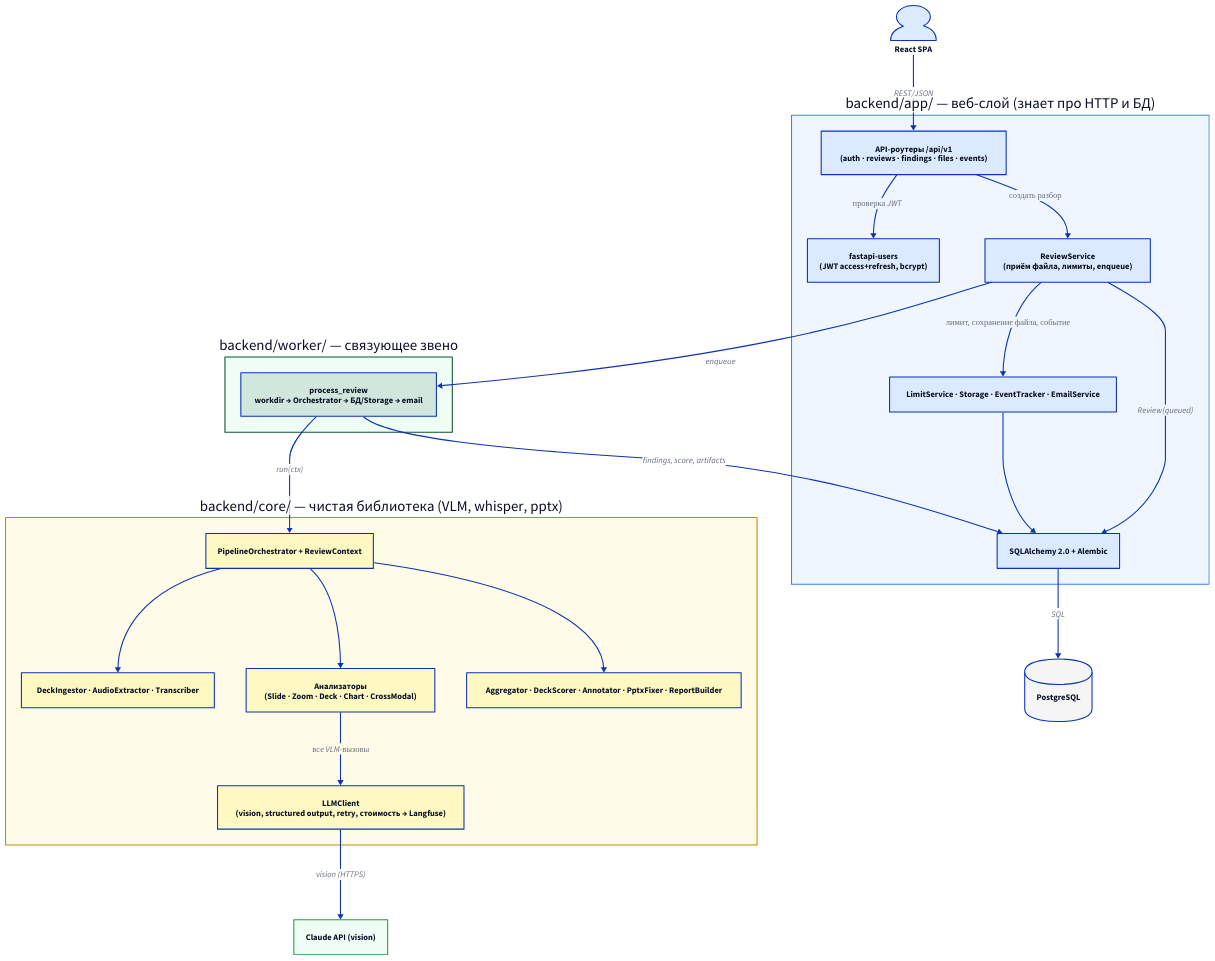
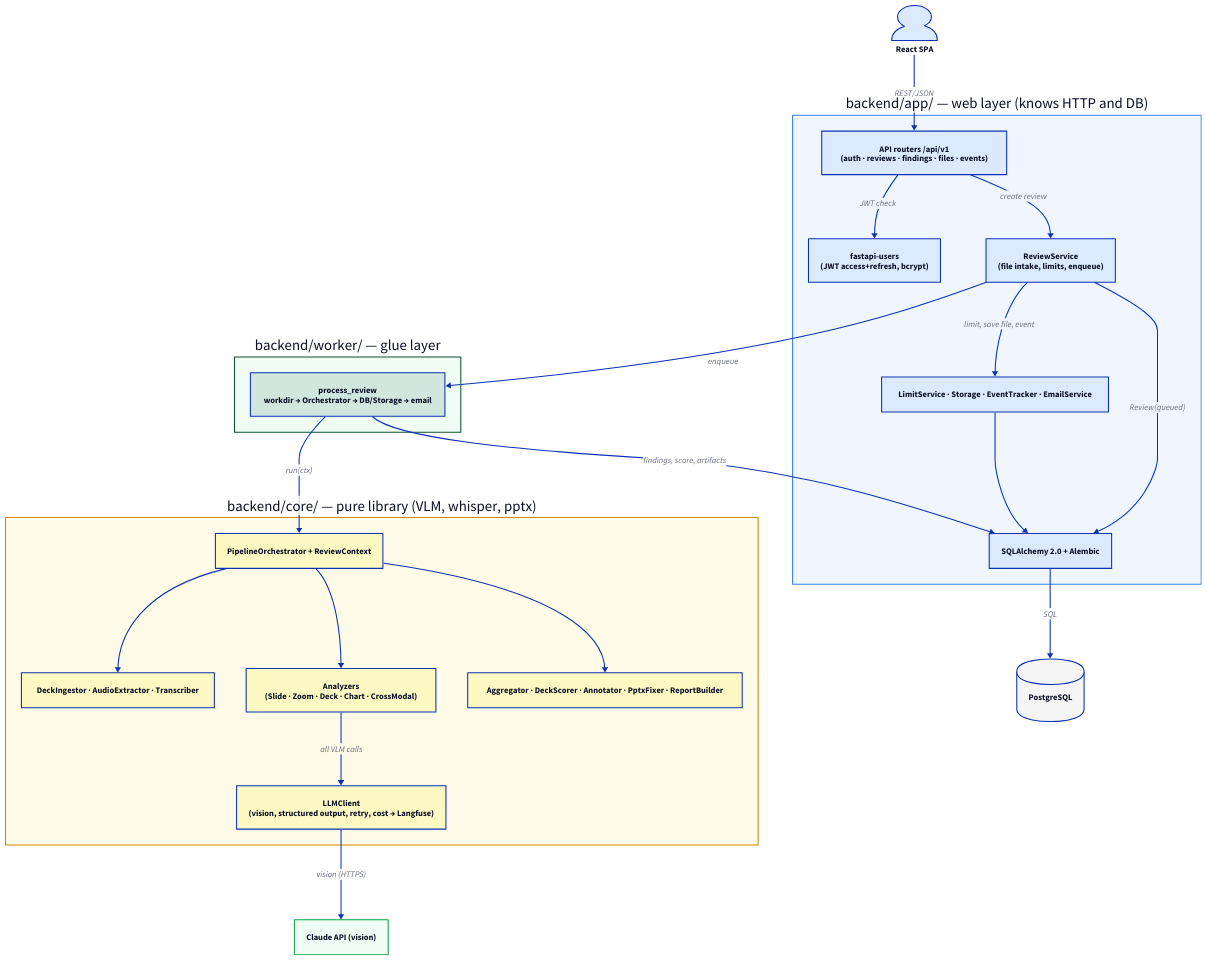
Before and after one commit to SlideLens/Achitecture: the diagram in docs/diagrams/c3_component.d2, drawn with D2. The commit also changed 24 other files, not shown here.

```diff
--- a/docs/diagrams/c3_component.d2
+++ b/docs/diagrams/c3_component.d2
@@ -1,88 +1,88 @@
 direction: down
 
 # =============================================================================
-# C3 — КОМПОНЕНТЫ: веб-слой (app) ↔ воркер ↔ чистая библиотека (core)
-# Граница: backend/core/ не импортирует backend/app/ и не ходит в БД (ADR 0001)
+# C3 — COMPONENTS: web layer (app) ↔ worker ↔ pure library (core)
+# Boundary: backend/core/ does not import backend/app/ and does not touch DB (ADR 0001)
 # =============================================================================
 
 spa: "React SPA" {
   shape: person
   style.fill: "#dbeafe"
 }
 
-app: "backend/app/ — веб-слой (знает про HTTP и БД)" {
+app: "backend/app/ — web layer (knows HTTP and DB)" {
   style.fill: "#eff6ff"
   style.stroke: "#3b82f6"
 
-  routers: "API-роутеры /api/v1\n(auth · reviews · findings · files · events)" {
+  routers: "API routers /api/v1\n(auth · reviews · findings · files · events)" {
     style.fill: "#dbeafe"
   }
   auth: "fastapi-users\n(JWT access+refresh, bcrypt)" {
     style.fill: "#dbeafe"
   }
-  rev_svc: "ReviewService\n(приём файла, лимиты, enqueue)" {
+  rev_svc: "ReviewService\n(file intake, limits, enqueue)" {
     style.fill: "#dbeafe"
   }
   services: "LimitService · Storage · EventTracker · EmailService" {
     style.fill: "#dbeafe"
   }
   orm: "SQLAlchemy 2.0 + Alembic" {
     style.fill: "#dbeafe"
   }
 }
 
-worker: "backend/worker/ — связующее звено" {
+worker: "backend/worker/ — glue layer" {
   style.fill: "#f0fdf4"
   style.stroke: "#0f5132"
 
-  task: "process_review\nworkdir → Orchestrator → БД/Storage → email" {
+  task: "process_review\nworkdir → Orchestrator → DB/Storage → email" {
     style.fill: "#d1e7dd"
   }
 }
 
-core: "backend/core/ — чистая библиотека (VLM, whisper, pptx)" {
+core: "backend/core/ — pure library (VLM, whisper, pptx)" {
   style.fill: "#fefce8"
   style.stroke: "#ca8a04"
 
   orch: "PipelineOrchestrator + ReviewContext" {
     style.fill: "#fef9c3"
   }
-  llm: "LLMClient\n(vision, structured output, retry, стоимость → Langfuse)" {
+  llm: "LLMClient\n(vision, structured output, retry, cost → Langfuse)" {
     style.fill: "#fef9c3"
   }
   ingest: "DeckIngestor · AudioExtractor · Transcriber" {
     style.fill: "#fef9c3"
   }
-  analyzers: "Анализаторы\n(Slide · Zoom · Deck · Chart · CrossModal)" {
+  analyzers: "Analyzers\n(Slide · Zoom · Deck · Chart · CrossModal)" {
     style.fill: "#fef9c3"
   }
   assemble: "Aggregator · DeckScorer · Annotator · PptxFixer · ReportBuilder" {
     style.fill: "#fef9c3"
   }
 }
 
 db: "PostgreSQL" {
   shape: cylinder
   style.fill: "#f5f5f5"
 }
 vlm: "Claude API (vision)" {
   style.fill: "#f0fdf4"
   style.stroke: "#16a34a"
 }
 
-# --- Связи ---
+# --- Relationships ---
 spa -> app.routers: "REST/JSON"
-app.routers -> app.auth: "проверка JWT"
-app.routers -> app.rev_svc: "создать разбор"
-app.rev_svc -> app.services: "лимит, сохранение файла, событие"
+app.routers -> app.auth: "JWT check"
+app.routers -> app.rev_svc: "create review"
+app.rev_svc -> app.services: "limit, save file, event"
 app.rev_svc -> app.orm: "Review(queued)"
 app.rev_svc -> worker.task: "enqueue"
 worker.task -> core.orch: "run(ctx)"
 core.orch -> core.ingest
 core.orch -> core.analyzers
 core.orch -> core.assemble
-core.analyzers -> core.llm: "все VLM-вызовы"
+core.analyzers -> core.llm: "all VLM calls"
 core.llm -> vlm: "vision (HTTPS)"
 app.services -> app.orm
 app.orm -> db: "SQL"
 worker.task -> app.orm: "findings, score, artifacts"
```
